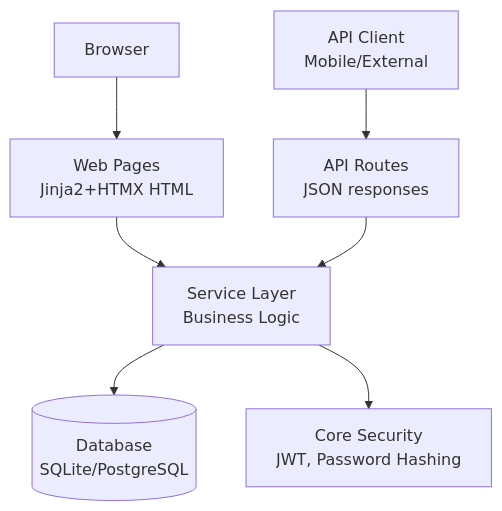
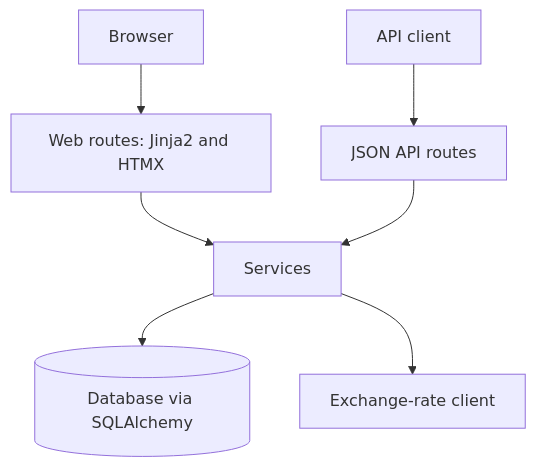
Before and after one commit to oraikhert/spendy: the diagram in docs/ARCHITECTURE.md, drawn with Mermaid. The commit also changed other lines of this file and 8 other files, not shown here.

````diff
--- a/docs/ARCHITECTURE.md
+++ b/docs/ARCHITECTURE.md
@@ -199,17 +44,9 @@
 ```mermaid
-graph TD
-    Browser[Browser]
-    APIClient[API Client<br/>Mobile/External]
-    WebPages[Web Pages<br/>Jinja2+HTMX HTML]
-    API[API Routes<br/>JSON responses]
-    Services[Service Layer<br/>Business Logic]
-    DB[(Database<br/>SQLite/PostgreSQL)]
-    Security[Core Security<br/>JWT, Password Hashing]
-    
-    Browser --> WebPages
-    APIClient --> API
-    WebPages --> Services
+flowchart TD
+    Browser[Browser] --> Web[Web routes: Jinja2 and HTMX]
+    Client[API client] --> API[JSON API routes]
+    Web --> Services[Services]
     API --> Services
-    Services --> DB
-    Services --> Security
+    Services --> DB[(Database via SQLAlchemy)]
+    Services --> FX[Exchange-rate client]
 ```
````
